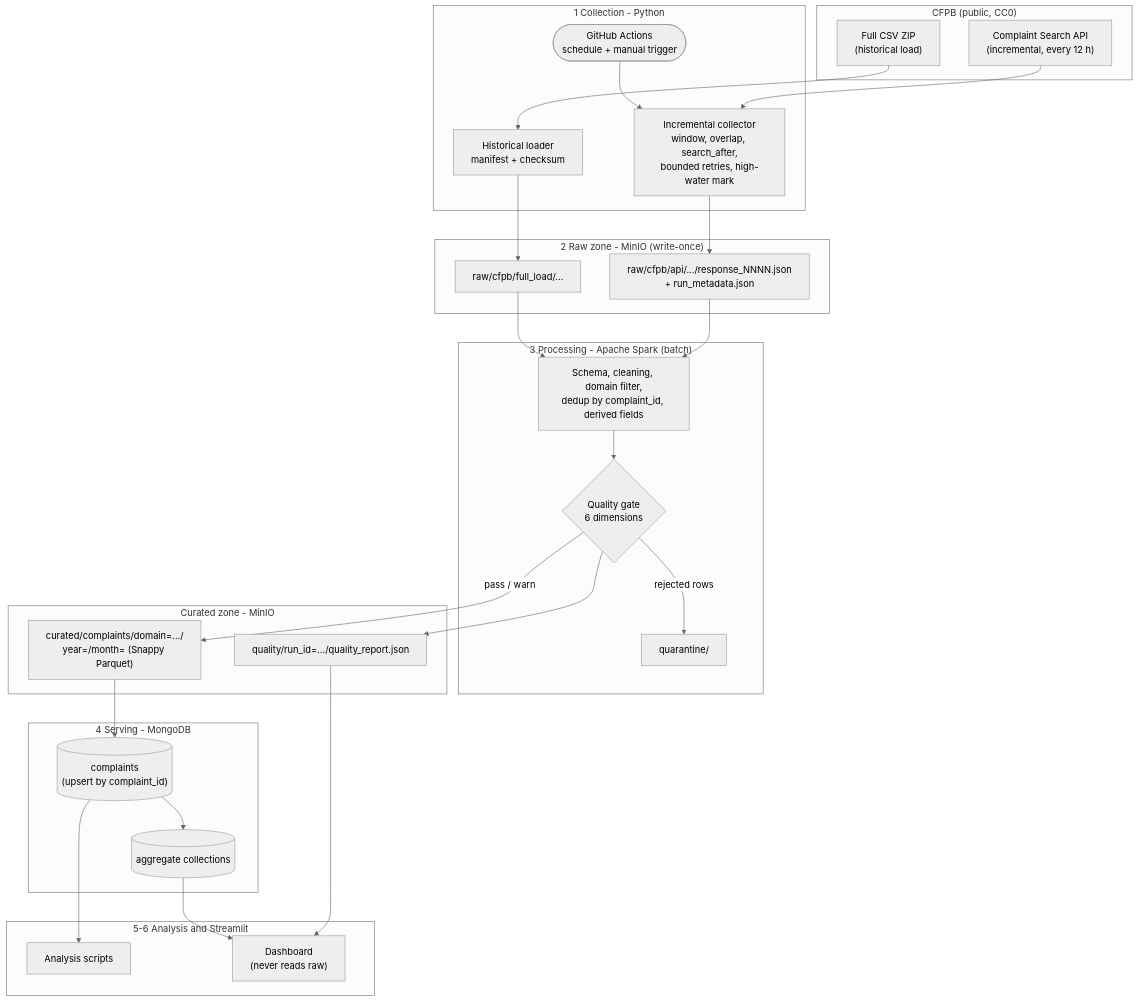
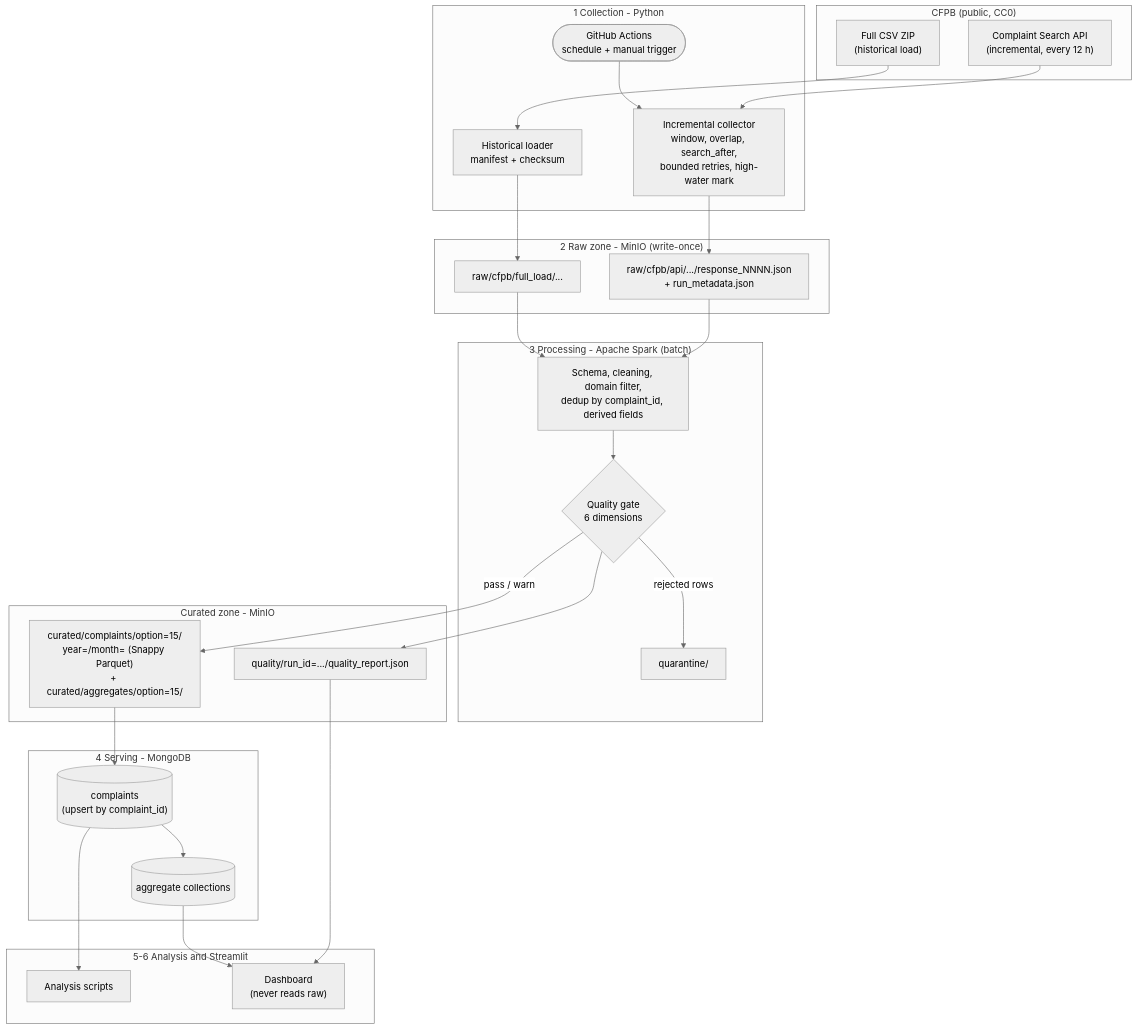
One commit to usj-cfpb-platform/cfpb-complaints-platform changed the diagram in docs/architecture.md. Above: the diagram before and after it, drawn with Mermaid (neutral theme). The commit also changed other lines of this file and 5 other files, not shown here.

````diff
--- a/docs/architecture.md
+++ b/docs/architecture.md
@@ -7,53 +7,53 @@
 ```mermaid
 flowchart TB
     subgraph Sources["CFPB (public, CC0)"]
         CSV["Full CSV ZIP<br/>(historical load)"]
         API["Complaint Search API<br/>(incremental, every 12 h)"]
     end
 
     subgraph Collection["1 Collection - Python"]
         HL["Historical loader<br/>manifest + checksum"]
         IC["Incremental collector<br/>window, overlap, search_after,<br/>bounded retries, high-water mark"]
         GHA(["GitHub Actions<br/>schedule + manual trigger"])
     end
 
     subgraph Raw["2 Raw zone - MinIO (write-once)"]
         RF["raw/cfpb/full_load/..."]
         RA["raw/cfpb/api/.../response_NNNN.json<br/>+ run_metadata.json"]
     end
 
     subgraph Processing["3 Processing - Apache Spark (batch)"]
         SJ["Schema, cleaning, domain filter,<br/>dedup by complaint_id, derived fields"]
         QG{"Quality gate<br/>6 dimensions"}
         Q["quarantine/"]
     end
 
     subgraph Curated["Curated zone - MinIO"]
-        CP["curated/complaints/domain=.../<br/>year=/month= (Snappy Parquet)"]
+        CP["curated/complaints/option=15/<br/>year=/month= (Snappy Parquet)<br/>+ curated/aggregates/option=15/"]
         QR["quality/run_id=.../quality_report.json"]
     end
 
     subgraph Serving["4 Serving - MongoDB"]
         MC[("complaints<br/>(upsert by complaint_id)")]
         MA[("aggregate collections")]
     end
 
     subgraph Use["5-6 Analysis and Streamlit"]
         AN["Analysis scripts"]
         DB["Dashboard<br/>(never reads raw)"]
     end
 
     CSV --> HL --> RF
     GHA --> IC
     API --> IC --> RA
     RF --> SJ
     RA --> SJ
     SJ --> QG
     QG -->|pass / warn| CP
     QG -->|rejected rows| Q
     QG --> QR
     CP --> MC --> MA
     MC --> AN
     MA --> DB
     QR --> DB
 ```
````
